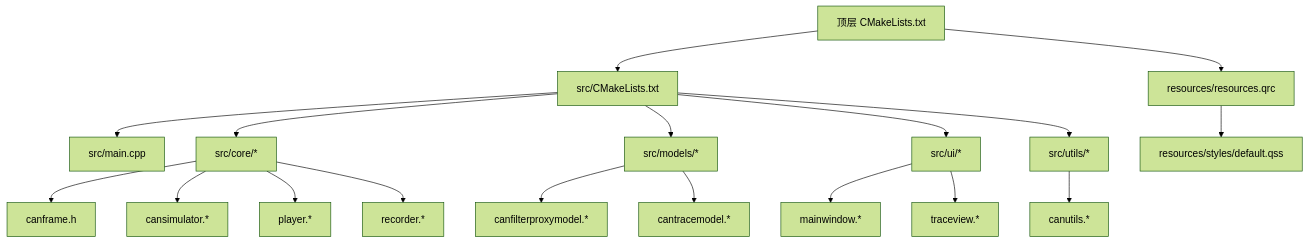
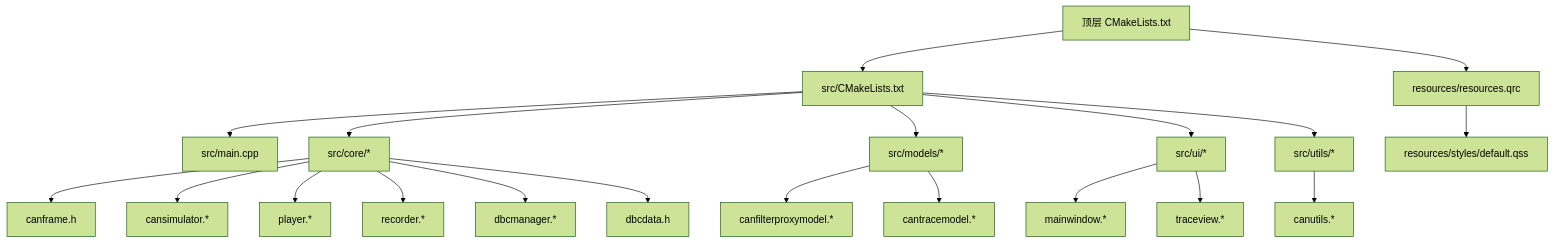
One commit to jakecai1225-design/OpenBus changed the first of 6 diagrams in .qoder/repowiki/zh/content/核心模块详解/核心模块详解.md. Above: the diagram before and after it, drawn with Mermaid (forest theme). The commit also changed other lines of this file and 44 other files, not shown here.

````diff
--- a/.qoder/repowiki/zh/content/核心模块详解/核心模块详解.md
+++ b/.qoder/repowiki/zh/content/核心模块详解/核心模块详解.md
@@ -71,20 +71,22 @@
 ```mermaid
 graph TB
 A["顶层 CMakeLists.txt"] --> B["src/CMakeLists.txt"]
 B --> C["src/main.cpp"]
 B --> D["src/core/*"]
 B --> E["src/models/*"]
 B --> F["src/ui/*"]
 B --> G["src/utils/*"]
 A --> H["resources/resources.qrc"]
 H --> I["resources/styles/default.qss"]
 D --> J["canframe.h"]
 D --> K["cansimulator.*"]
 D --> L["player.*"]
 D --> M["recorder.*"]
-E --> N["canfilterproxymodel.*"]
-E --> O["cantracemodel.*"]
-F --> P["mainwindow.*"]
-F --> Q["traceview.*"]
-G --> R["canutils.*"]
+D --> N["dbcmanager.*"]
+D --> O["dbcdata.h"]
+E --> P["canfilterproxymodel.*"]
+E --> Q["cantracemodel.*"]
+F --> R["mainwindow.*"]
+F --> S["traceview.*"]
+G --> T["canutils.*"]
 ```
````
